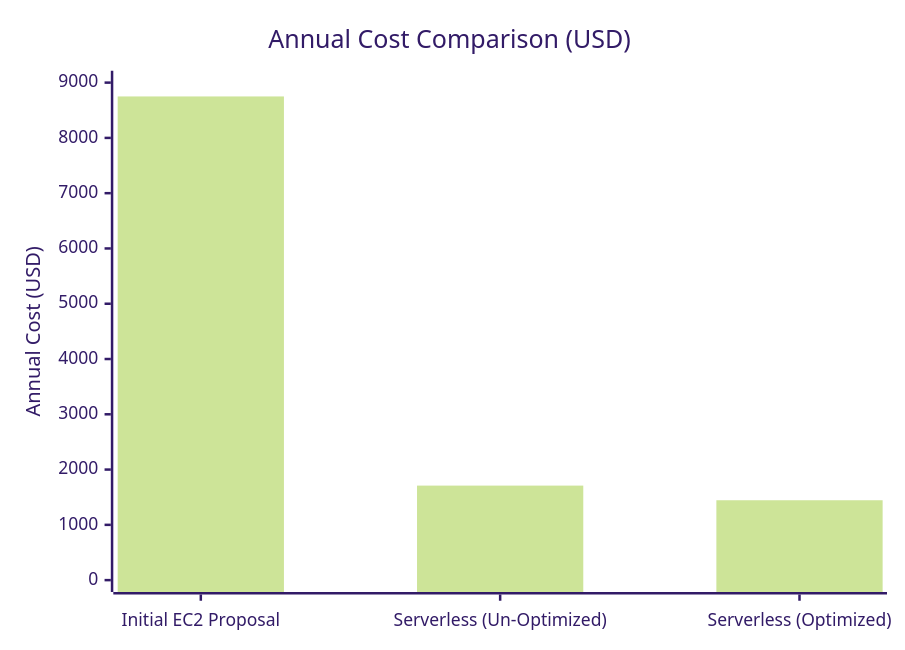
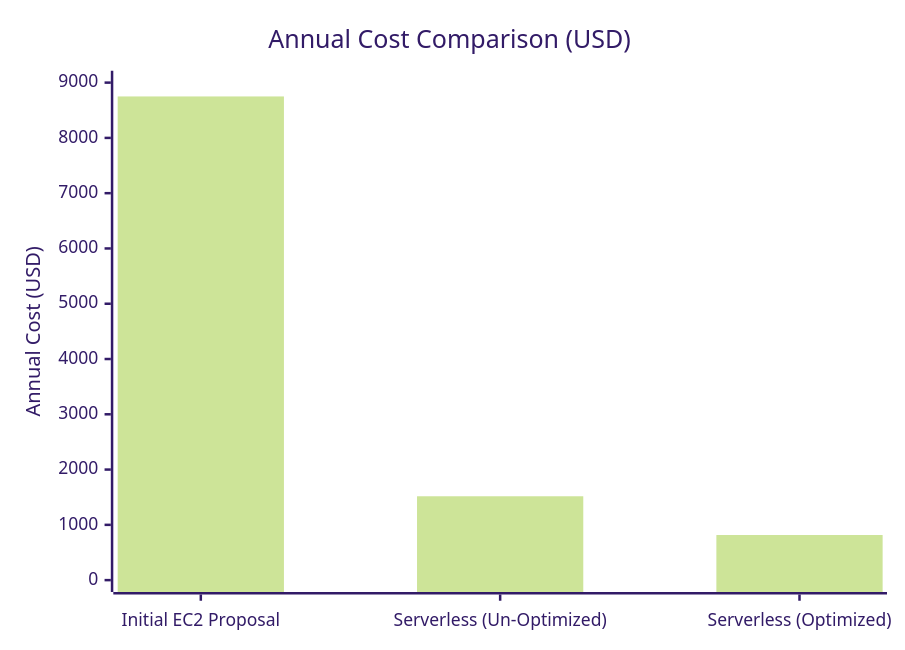
One commit to daryllmagsombol/ppcrv-poc changed the fifth of 5 diagrams in COSTS.md. Above: the diagram before and after it, drawn with Mermaid (forest theme). The commit also changed other lines of this file and 1 other file, not shown here.

````diff
--- a/COSTS.md
+++ b/COSTS.md
@@ -507,7 +568,7 @@
 ```mermaid
 xychart-beta
     title "Annual Cost Comparison (USD)"
     x-axis ["Initial EC2 Proposal", "Serverless (Un-Optimized)", "Serverless (Optimized)"]
     y-axis "Annual Cost (USD)" 0 --> 9000
-    bar [8750, 1710, 1445]
+    bar [8750, 1517, 816]
 ```
````
